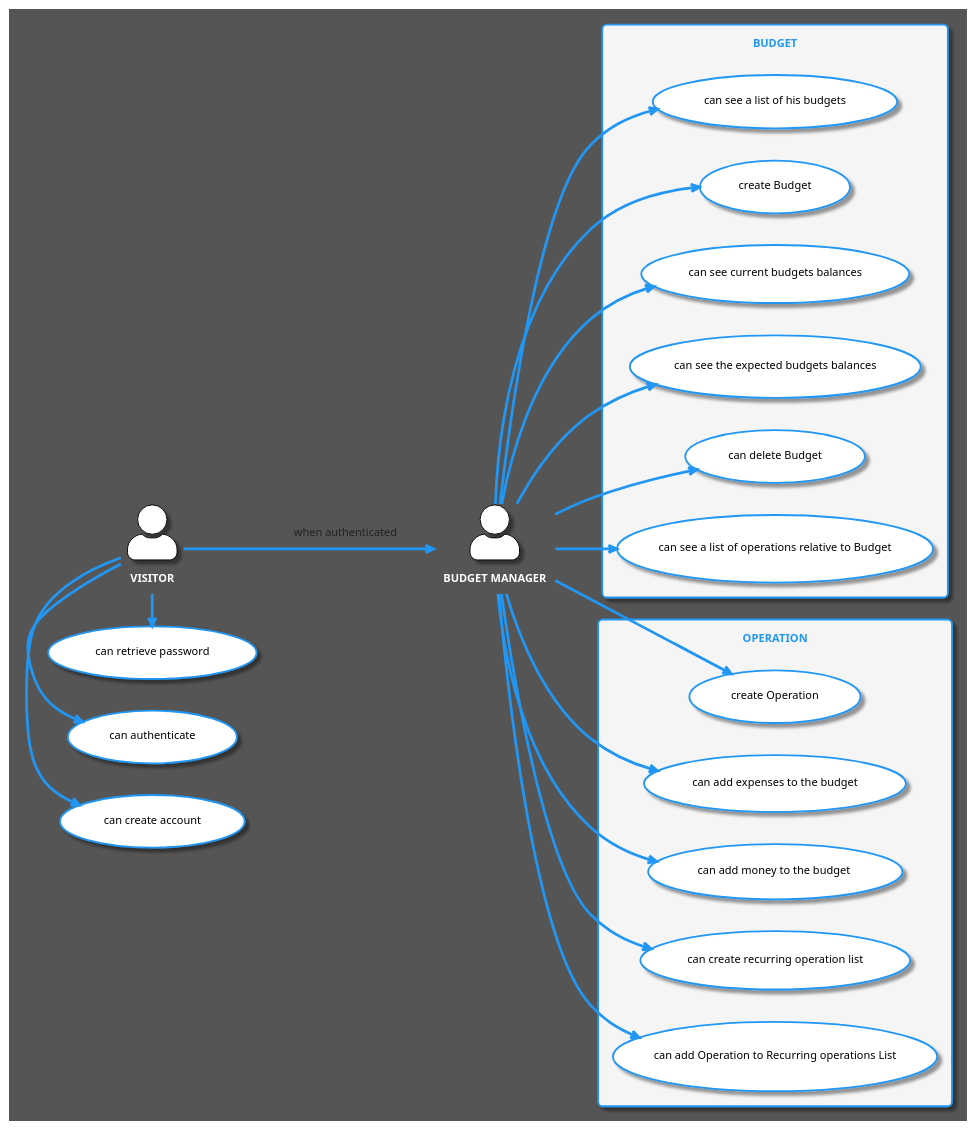
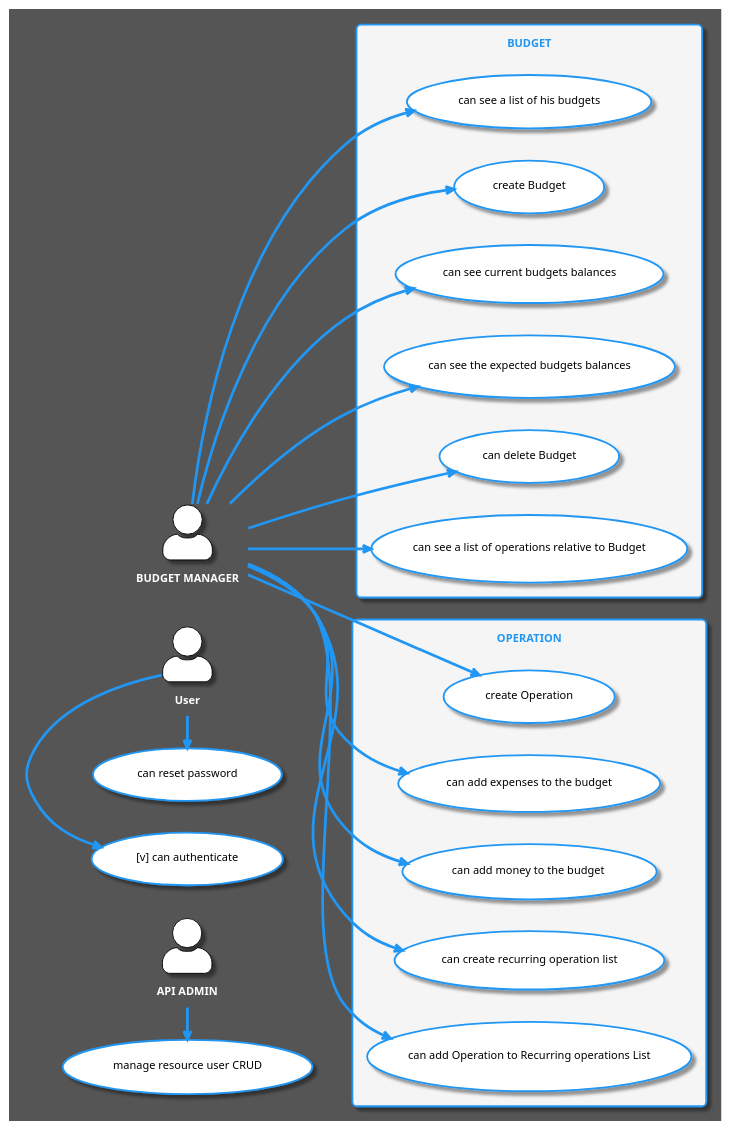
One commit to hello-devs/budget-manager-api changed the diagram in docs/use-case/general-diagram.puml. Above: the diagram before and after it, drawn with PlantUML. The commit also changed 6 other files, not shown here.

First line of the commit message:
usecase: add user to api resource

```diff
--- a/docs/use-case/general-diagram.puml
+++ b/docs/use-case/general-diagram.puml
@@ -1,49 +1,50 @@
 @startuml
 !theme materia
 skinparam actorStyle awesome
 skinparam roundcorner 10
 skinparam BackgroundColor #555555
 skinparam usecase{
     BackgroundColor white
     FontColor black
 }
 skinparam Actor{
     BackgroundColor white
     BorderColor black
     FontColor white
     FontStyle bold
 }
 skinparam rectangle{
     BackgroundColor WhiteSmoke
 }
 left to right direction
 '----------------------------------------------
 
-actor :VISITOR: as V
+actor :User: as U
+actor :API ADMIN: as ADM
 actor :BUDGET MANAGER: as BM
 
-V -> (can create account)
-V -> (can authenticate)
-V -> (can retrieve password)
+ADM -> (manage resource user CRUD)
 
-V --> BM : when authenticated
+U -> ([v] can authenticate)
+U -> (can reset password)
+
 
 
 rectangle BUDGET{
     BM --> (can see a list of his budgets)
     BM --> (create Budget)
     BM --> (can see current budgets balances)
     BM --> (can see the expected budgets balances)
     BM --> (can delete Budget)
     BM --> (can see a list of operations relative to Budget)
 }
 rectangle OPERATION{
  BM --> (create Operation)
  BM --> (can add expenses to the budget)
  BM --> (can add money to the budget )
  BM --> (can create recurring operation list)
  BM --> (can add Operation to Recurring operations List)
 }
 
 
 @enduml
```
